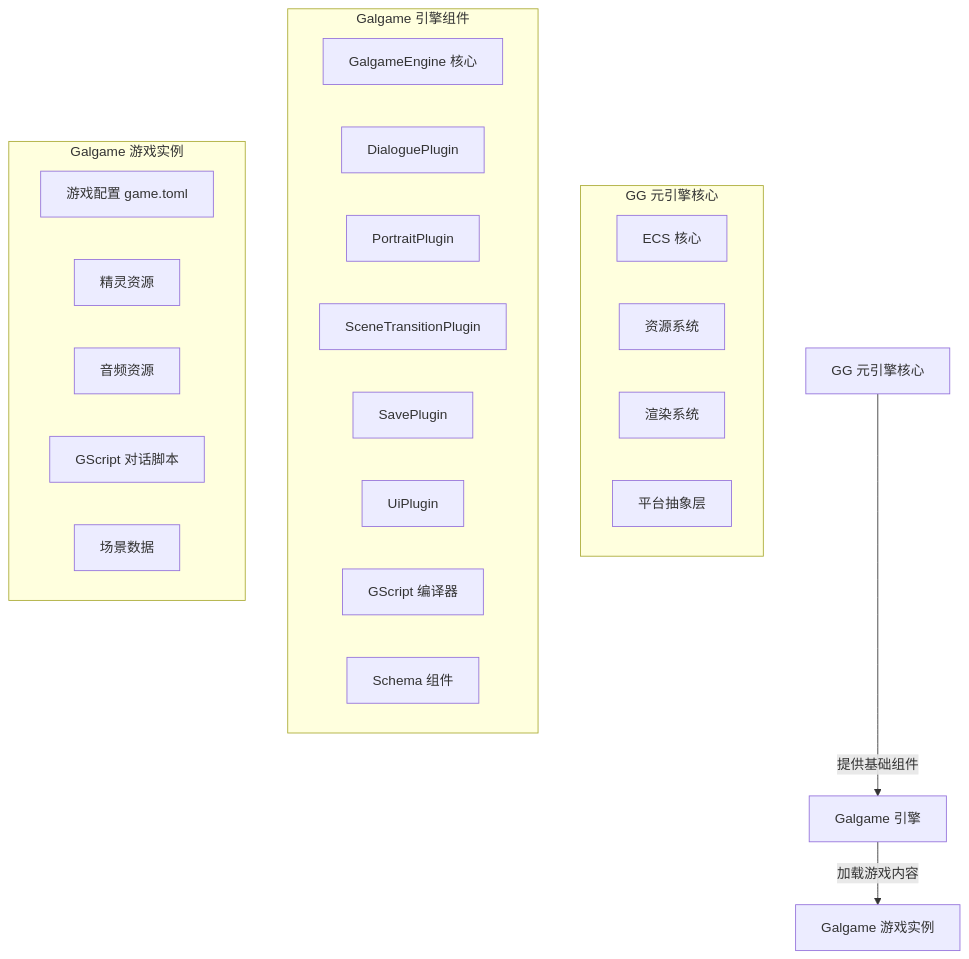
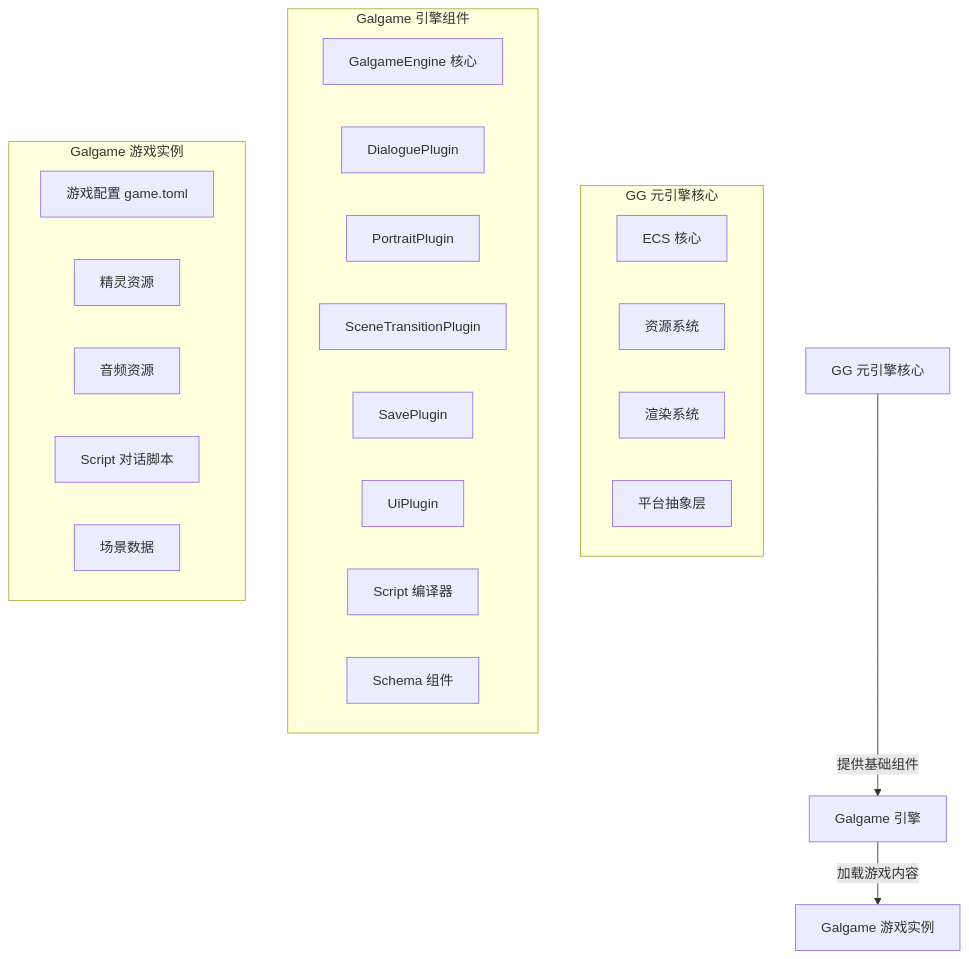
The diagram in design/engines/galgame/architecture.md (oovm/CivitLink), drawn with Mermaid before and after one commit. The commit also changed other lines of this file and 18 other files, not shown here.

````diff
--- a/design/engines/galgame/architecture.md
+++ b/design/engines/galgame/architecture.md
@@ -72,35 +72,35 @@
 ```mermaid
 graph TD
     A[GG 元引擎核心]
     B[Galgame 引擎]
     C[Galgame 游戏实例]
     
     A -->|提供基础组件| B
     B -->|加载游戏内容| C
     
     subgraph A1[GG 元引擎核心]
         A1_1[ECS 核心]
         A1_2[资源系统]
         A1_3[渲染系统]
         A1_4[平台抽象层]
     end
     
     subgraph B1[Galgame 引擎组件]
         B1_1[GalgameEngine 核心]
         B1_2[DialoguePlugin]
         B1_3[PortraitPlugin]
         B1_4[SceneTransitionPlugin]
         B1_5[SavePlugin]
         B1_6[UiPlugin]
-        B1_7[GScript 编译器]
+        B1_7[Script 编译器]
         B1_8[Schema 组件]
     end
     
     subgraph C1[Galgame 游戏实例]
         C1_1[游戏配置 game.toml]
         C1_2[精灵资源]
         C1_3[音频资源]
-        C1_4[GScript 对话脚本]
+        C1_4[Script 对话脚本]
         C1_5[场景数据]
     end
 ```
````
